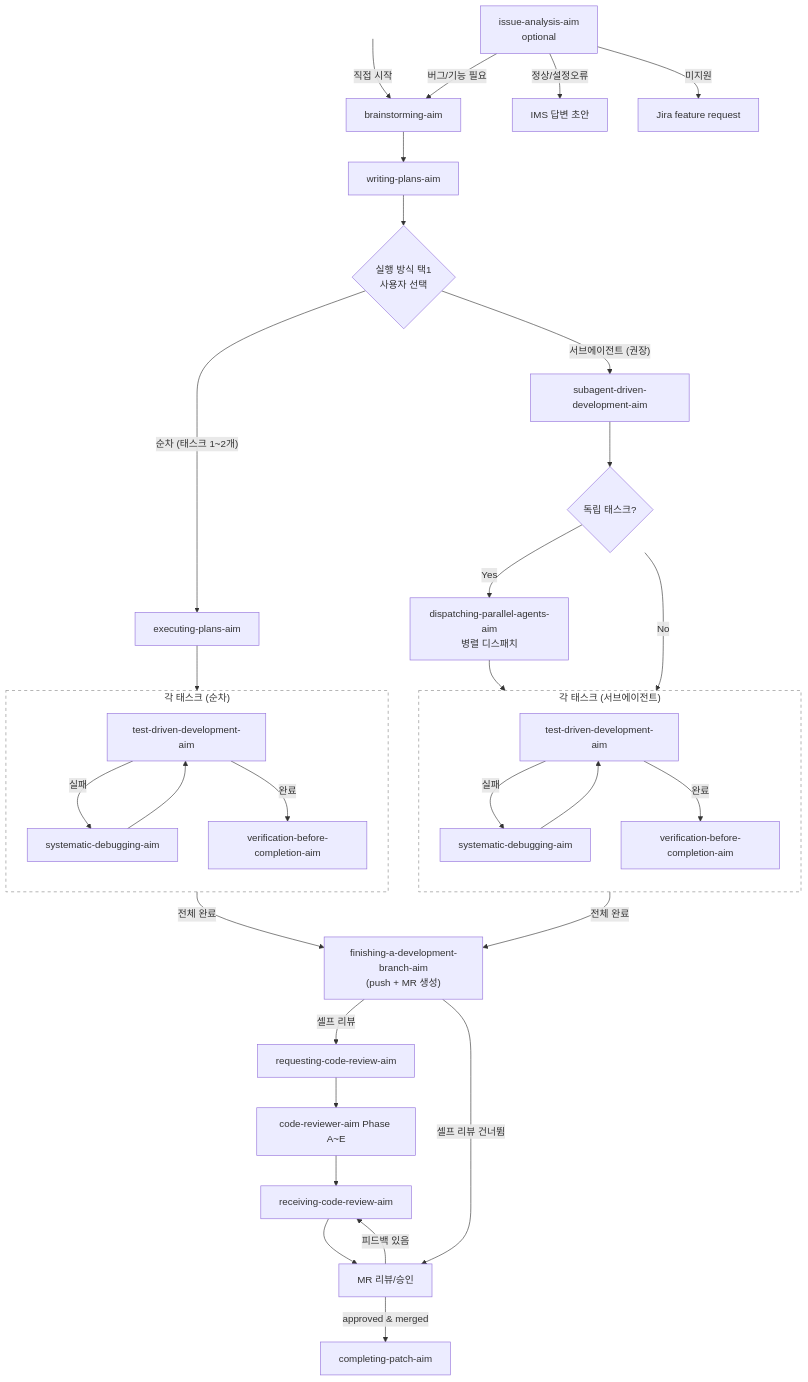
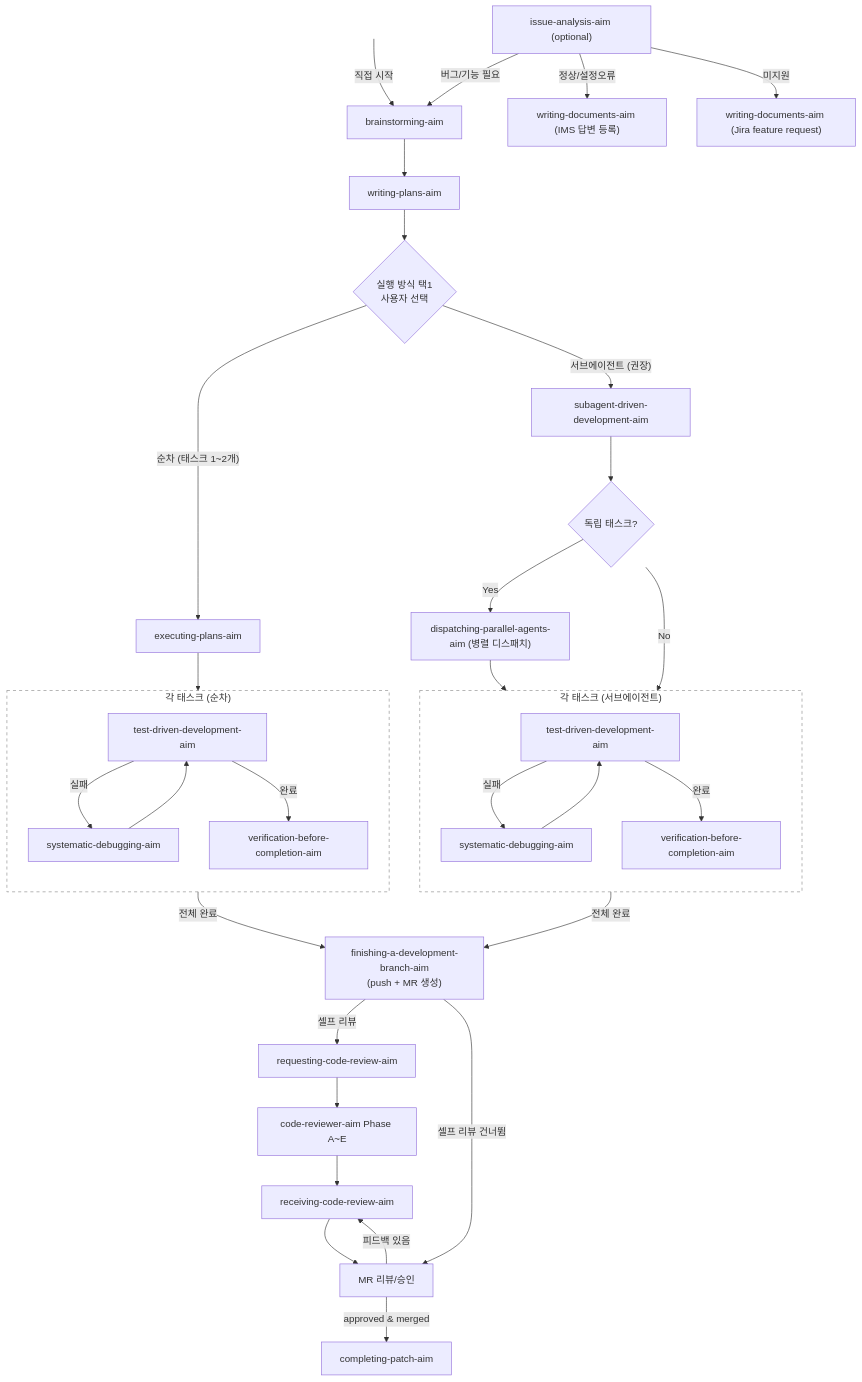
Before and after one commit to kmj5228/aim-harness: the diagram in README.md, drawn with Mermaid.

Commit message:
docs: fix workflow labels - optional in parens, dispatching parens, writing-documents-aim for IMS/Jira

````diff
--- a/README.md
+++ b/README.md
@@ -77,47 +77,47 @@
 ```mermaid
 flowchart TD
-    A[issue-analysis-aim\noptional] -->|"버그/기능 필요"| B[brainstorming-aim]
+    A["issue-analysis-aim (optional)"] -->|"버그/기능 필요"| B[brainstorming-aim]
     START[ ] -->|직접 시작| B
     B --> C[writing-plans-aim]
     C --> D{실행 방식 택1\n사용자 선택}
 
     D -->|"순차 (태스크 1~2개)"| E[executing-plans-aim]
     E --> TDD1
 
     D -->|"서브에이전트 (권장)"| F[subagent-driven-development-aim]
     F --> H{독립 태스크?}
-    H -->|"Yes"| P1[dispatching-parallel-agents-aim\n병렬 디스패치]
+    H -->|"Yes"| P1["dispatching-parallel-agents-aim (병렬 디스패치)"]
     H -->|"No"| TDD2
     P1 --> TDD2
 
     subgraph TDD1 ["각 태스크 (순차)"]
         direction TB
         G1[test-driven-development-aim] -->|실패| I1[systematic-debugging-aim]
         I1 --> G1
         G1 -->|완료| J1[verification-before-completion-aim]
     end
 
     subgraph TDD2 ["각 태스크 (서브에이전트)"]
         direction TB
         G2[test-driven-development-aim] -->|실패| I2[systematic-debugging-aim]
         I2 --> G2
         G2 -->|완료| J2[verification-before-completion-aim]
     end
 
     TDD1 -->|전체 완료| K["finishing-a-development-branch-aim\n(push + MR 생성)"]
     TDD2 -->|전체 완료| K
     K -->|셀프 리뷰| L[requesting-code-review-aim]
     L --> M[code-reviewer-aim Phase A~E]
     K -->|셀프 리뷰 건너뜀| MR[MR 리뷰/승인]
     M --> RCV[receiving-code-review-aim]
     RCV --> MR
     MR -->|피드백 있음| RCV
     MR -->|approved & merged| N[completing-patch-aim]
 
-    A -->|"정상/설정오류"| O[IMS 답변 초안]
-    A -->|"미지원"| Q[Jira feature request]
+    A -->|"정상/설정오류"| O["writing-documents-aim (IMS 답변 등록)"]
+    A -->|"미지원"| Q["writing-documents-aim (Jira feature request)"]
 
     style START fill:transparent,stroke:transparent
     style TDD1 fill:transparent,stroke:#888,stroke-dasharray: 5 5
     style TDD2 fill:transparent,stroke:#888,stroke-dasharray: 5 5
 ```
````
